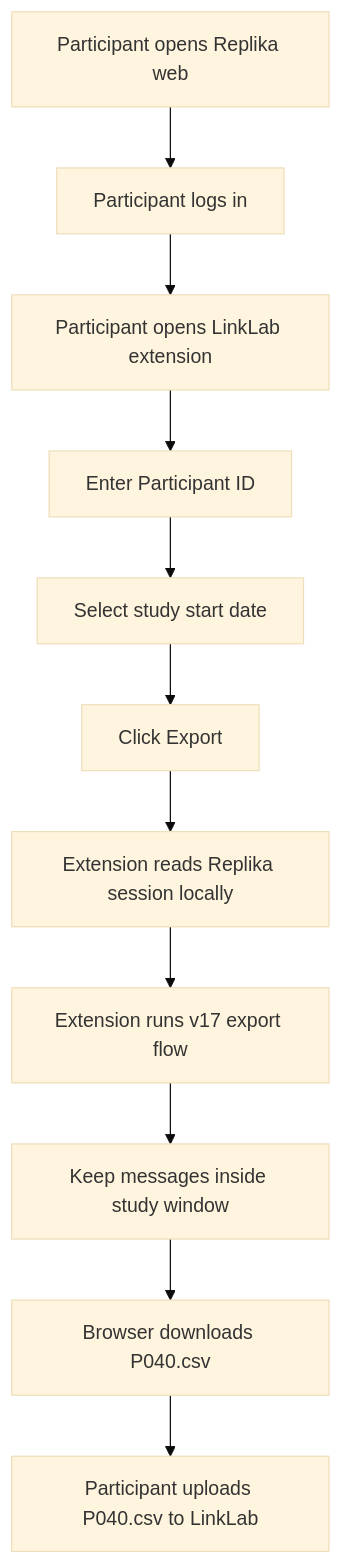
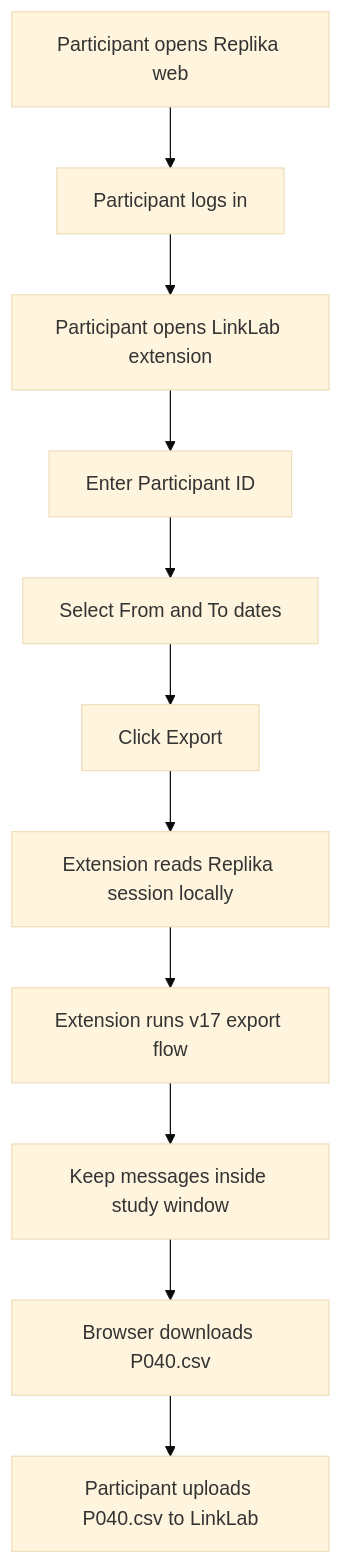
The first of 7 diagrams in replika-online-export-visual-workflow.md (PengLin-Zilv/CompanionLink), drawn with Mermaid (base theme) before and after one commit. The commit also changed other lines of this file and 10 other files, not shown here.

````diff
--- a/replika-online-export-visual-workflow.md
+++ b/replika-online-export-visual-workflow.md
@@ -67,13 +67,13 @@
 ```mermaid
 flowchart TD
     A["Participant opens Replika web"] --> B["Participant logs in"]
     B --> C["Participant opens LinkLab extension"]
     C --> D["Enter Participant ID"]
-    D --> E["Select study start date"]
+    D --> E["Select From and To dates"]
     E --> F["Click Export"]
     F --> G["Extension reads Replika session locally"]
     G --> H["Extension runs v17 export flow"]
     H --> I["Keep messages inside study window"]
     I --> J["Browser downloads P040.csv"]
     J --> K["Participant uploads P040.csv to LinkLab"]
 ```
````
